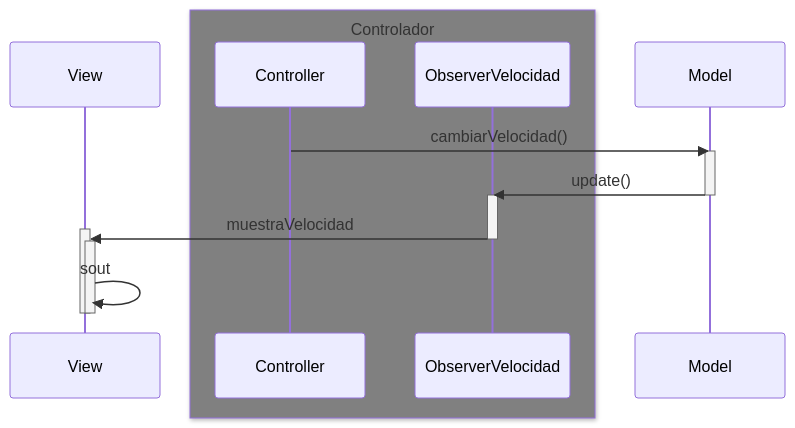
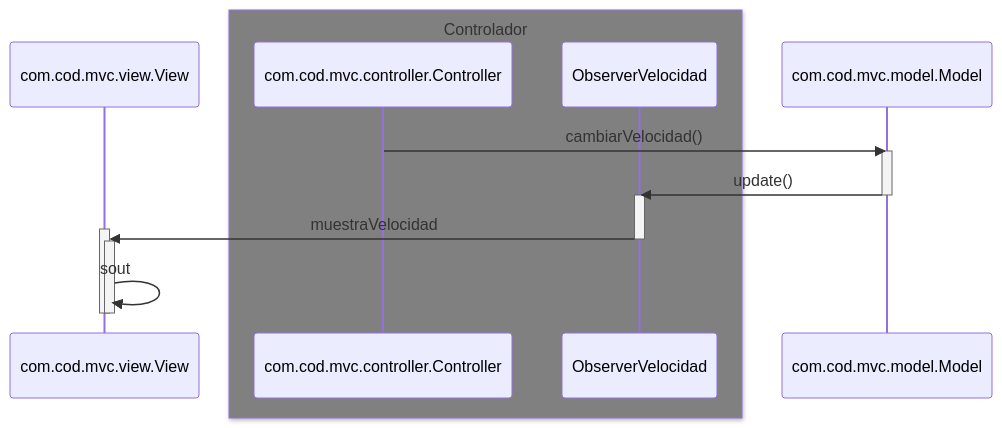
Before and after one commit to ilopezbrion/MVC_coches_observer: the third of 4 diagrams in Readme.md, drawn with Mermaid. The commit also changed other lines of this file and 9 other files, not shown here.

````diff
--- a/Readme.md
+++ b/Readme.md
@@ -77,20 +77,20 @@
 ```mermaid
 sequenceDiagram
-    participant View
+    participant com.cod.mvc.view.View
     box gray Controlador
-    participant Controller
+    participant com.cod.mvc.controller.Controller
     participant ObserverVelocidad
     end
-    participant Model
+    participant com.cod.mvc.model.Model
 
-    Controller->>Model: cambiarVelocidad()
-    activate Model
-    Model->>ObserverVelocidad: update()
-    deactivate Model
+    com.cod.mvc.controller.Controller->>com.cod.mvc.model.Model: cambiarVelocidad()
+    activate com.cod.mvc.model.Model
+    com.cod.mvc.model.Model->>ObserverVelocidad: update()
+    deactivate com.cod.mvc.model.Model
     activate ObserverVelocidad
-    ObserverVelocidad->>+View: muestraVelocidad
+    ObserverVelocidad->>+com.cod.mvc.view.View: muestraVelocidad
     deactivate ObserverVelocidad
-    activate View
-    View->>-View: sout
-    deactivate View
+    activate com.cod.mvc.view.View
+    com.cod.mvc.view.View->>-com.cod.mvc.view.View: sout
+    deactivate com.cod.mvc.view.View
 ```
````
